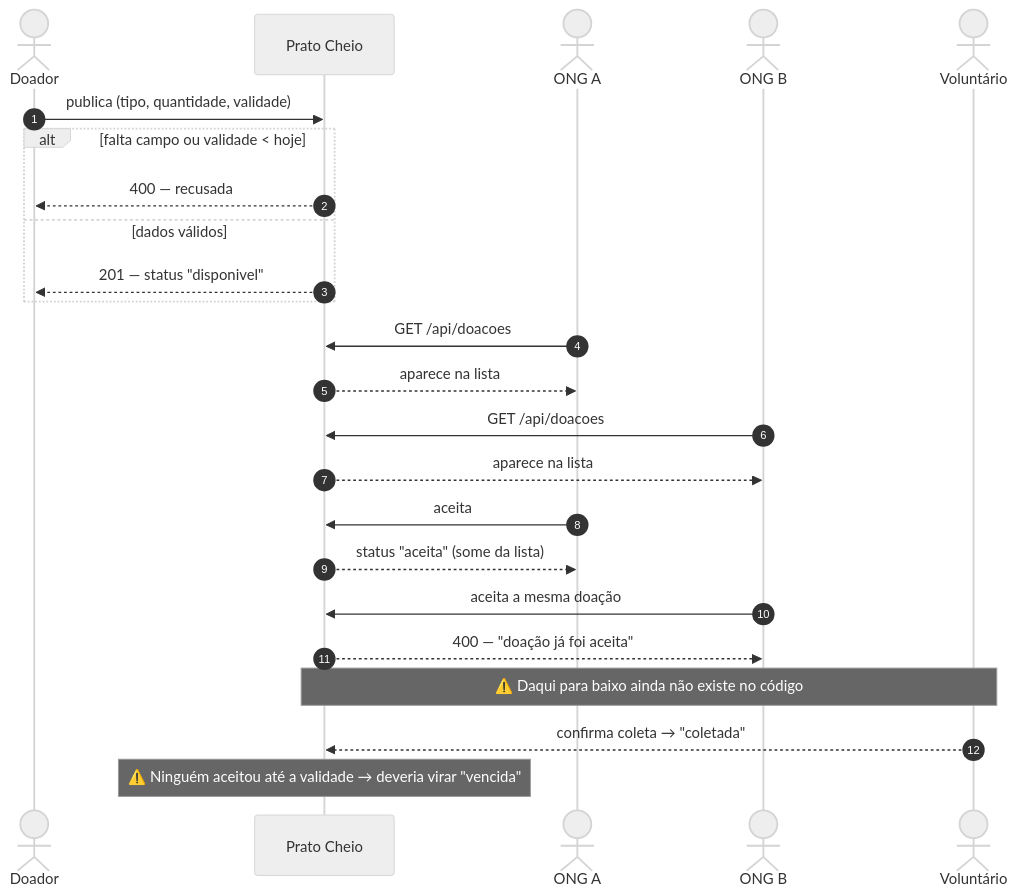
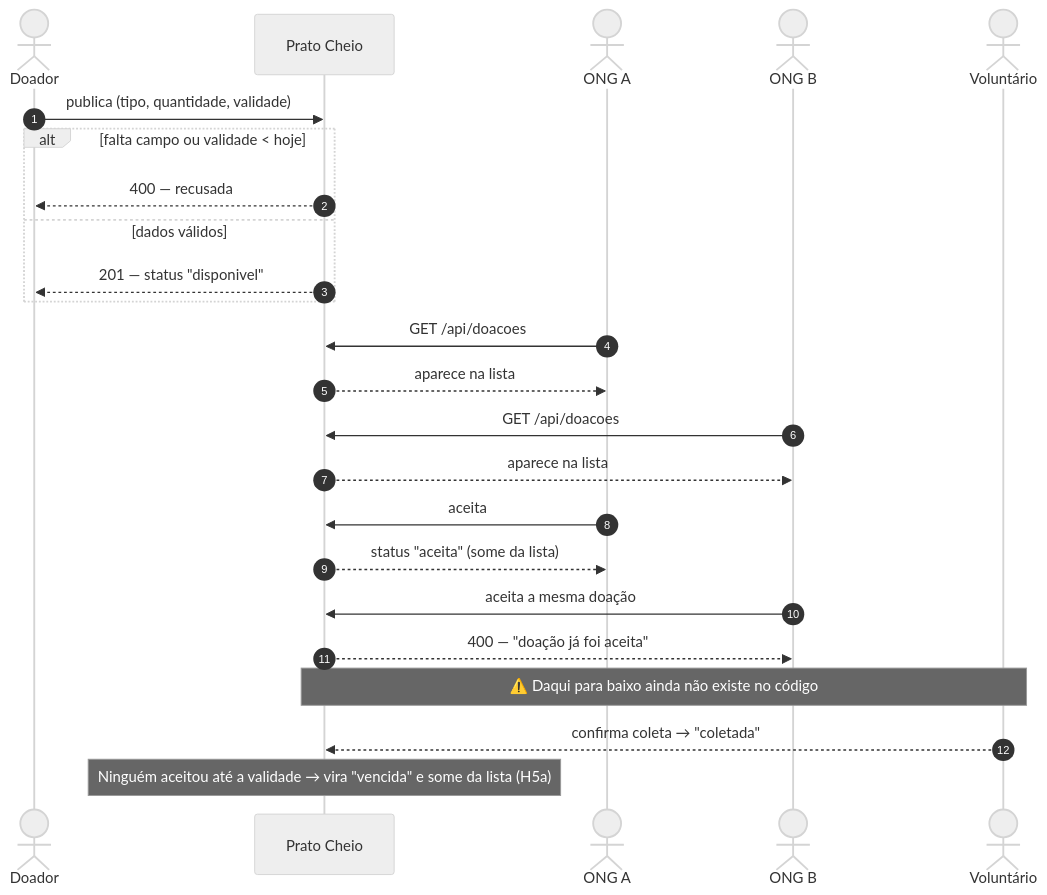
The second of 6 diagrams in docs/diagramas.md (HeloisaRebello17/g1126-prato-cheio), drawn with Mermaid (neutral theme) before and after one commit. The commit also changed other lines of this file and 3 other files, not shown here.

First line of the commit message:
H5a: doação vencida sai da lista e não pode ser aceita

````diff
--- a/docs/diagramas.md
+++ b/docs/diagramas.md
@@ -51,30 +51,30 @@
 ```mermaid
 sequenceDiagram
     autonumber
     actor D as Doador
     participant S as Prato Cheio
     actor O1 as ONG A
     actor O2 as ONG B
     actor V as Voluntário
 
     D->>S: publica (tipo, quantidade, validade)
     alt falta campo ou validade < hoje
         S-->>D: 400 — recusada
     else dados válidos
         S-->>D: 201 — status "disponivel"
     end
 
     O1->>S: GET /api/doacoes
     S-->>O1: aparece na lista
     O2->>S: GET /api/doacoes
     S-->>O2: aparece na lista
 
     O1->>S: aceita
     S-->>O1: status "aceita" (some da lista)
     O2->>S: aceita a mesma doação
     S-->>O2: 400 — "doação já foi aceita"
 
     Note over S,V: ⚠️ Daqui para baixo ainda não existe no código
     V-->>S: confirma coleta → "coletada"
-    Note over S: ⚠️ Ninguém aceitou até a validade → deveria virar "vencida"
+    Note over S: Ninguém aceitou até a validade → vira "vencida" e some da lista (H5a)
 ```
````
